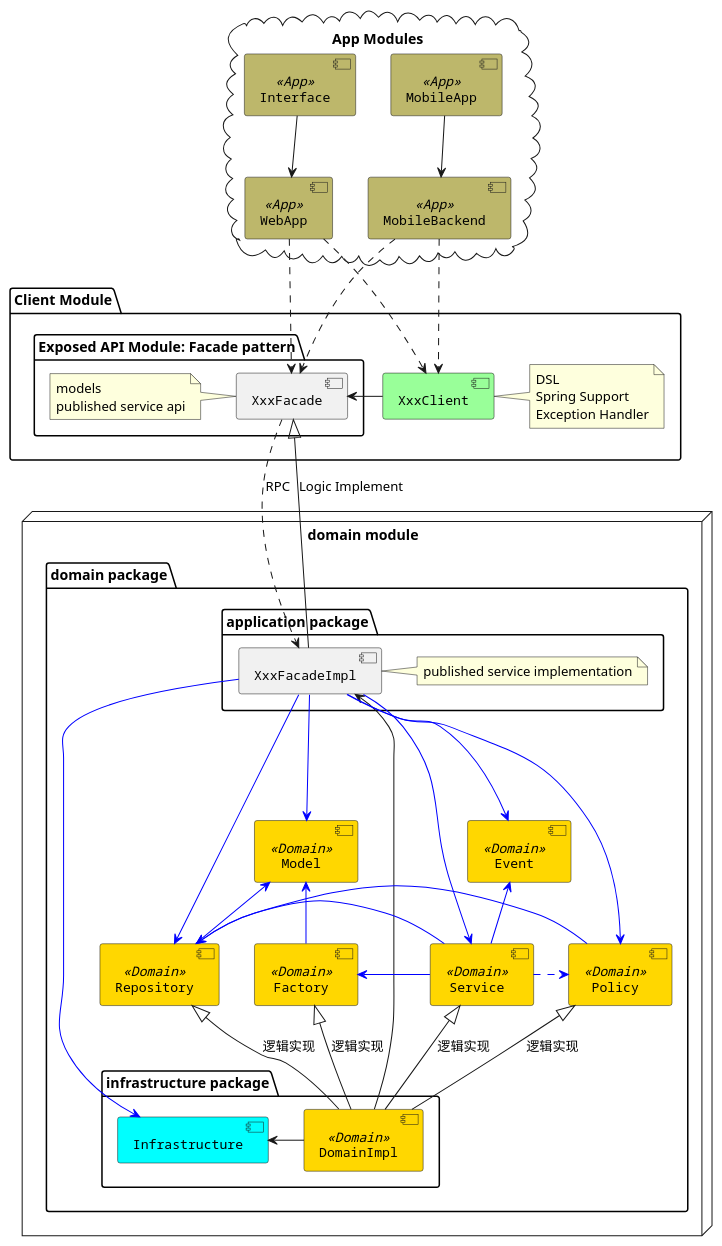
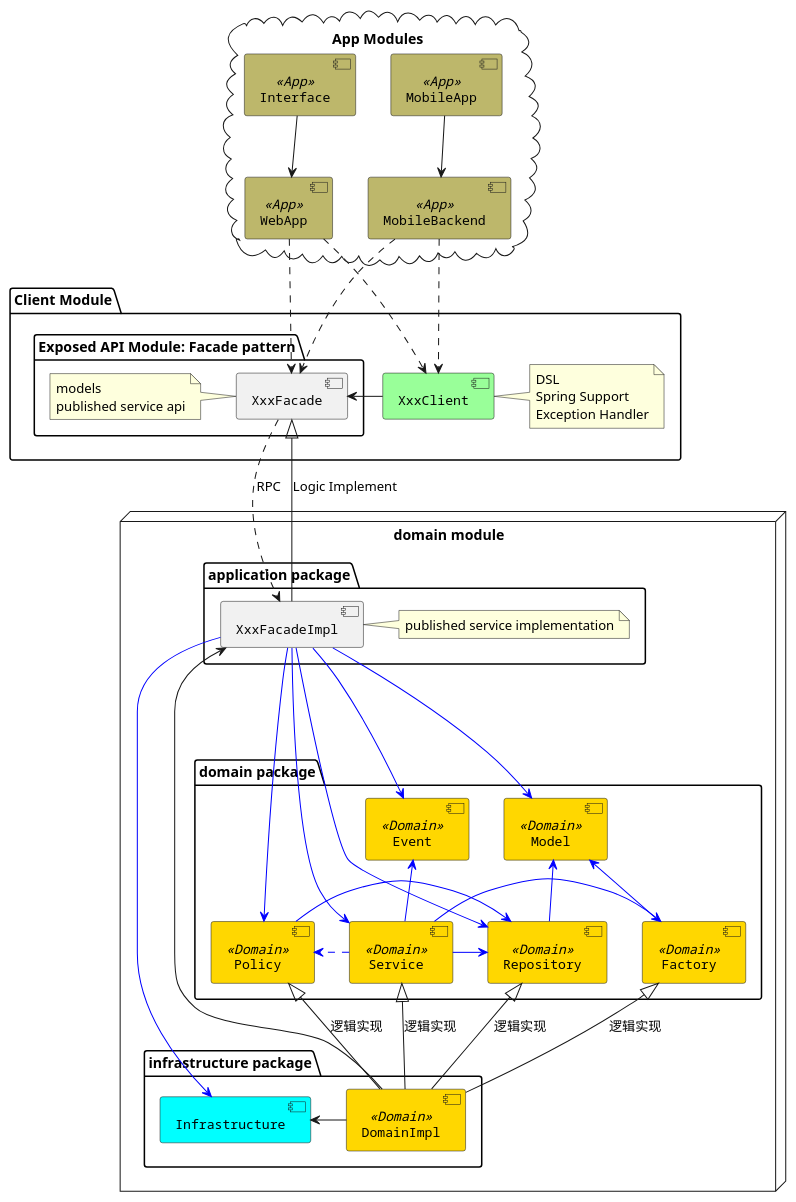
The diagram in src/main/puml/ddd-components-rpc.puml (linux-china/ddd-base), drawn with PlantUML before and after one commit.

Commit message:
adjust package for domain model

```diff
--- a/src/main/puml/ddd-components-rpc.puml
+++ b/src/main/puml/ddd-components-rpc.puml
@@ -1,77 +1,79 @@
 @startuml
 
 node "domain module" {
+    package "application package" {
+       [XxxFacadeImpl]
+       note right of XxxFacadeImpl : published service implementation
+    }
+
     package "domain package"  {
        [Model] <<Domain>>
        [Repository] <<Domain>>
        [Factory] <<Domain>>
        [Service] <<Domain>>
        [Event] <<Domain>>
        [Policy] <<Domain>>
-    package "application package" {
-      [XxxFacadeImpl]
-      note right of XxxFacadeImpl : published service implementation
     }
+
     package "infrastructure package" {
-      [Infrastructure] #Aqua
-      [DomainImpl] <<Domain>>
-      [DomainImpl] -> [Infrastructure]
-      [DomainImpl] -up-|> [Service]: 逻辑实现
-      [DomainImpl] -up-|> [Repository]: 逻辑实现
-      [DomainImpl] -up-|> [Factory]: 逻辑实现
-      [DomainImpl] -up-|> [Policy]: 逻辑实现
+       [Infrastructure] #Aqua
+       [DomainImpl] <<Domain>>
+       [DomainImpl] -> [Infrastructure]
+       [DomainImpl] -up-|> [Service]: 逻辑实现
+       [DomainImpl] -up-|> [Repository]: 逻辑实现
+       [DomainImpl] -up-|> [Factory]: 逻辑实现
+       [DomainImpl] -up-|> [Policy]: 逻辑实现
     }
-     }
 }
 
 package "Client Module" {
     package "Exposed API Module: Facade pattern" {
        [XxxFacade]
        note left of XxxFacade : models\npublished service api
     }
    [XxxClient] #99FF99
    note right of XxxClient : DSL\nSpring Support\nException Handler
    [XxxClient] -left-> [XxxFacade]
 }
 
 cloud "App Modules" {
     [WebApp] <<App>>
     [MobileBackend] <<App>>
     [Interface] <<App>>
     [MobileApp] <<App>>
 }
 
 [XxxFacadeImpl] <--- [DomainImpl]
 [Service] -[#0000FF]> [Factory]
 [Service] -[#0000FF]> [Repository]
 [Service] .[#0000FF]> [Policy]
 [Service] -[#0000FF]up-> [Event]
 [Policy] -[#0000FF]> [Repository]
 [Repository] -[#0000FF]up-> [Model]
 [Factory] -[#0000FF]up-> [Model]
 
 [XxxFacadeImpl] -[#0000FF]--> [Service]
 [XxxFacadeImpl] -[#0000FF]--> [Event]
 [XxxFacadeImpl] -[#0000FF]--> [Model]
 [XxxFacadeImpl] -[#0000FF]--> [Policy]
 [XxxFacadeImpl] -[#0000FF]--> [Repository]
 [XxxFacadeImpl] -[#0000FF]----> [Infrastructure]
 
 [XxxFacade] ..> [XxxFacadeImpl]: RPC
 [XxxFacade] <|-- [XxxFacadeImpl]: Logic Implement
 
 [WebApp] ..> [XxxClient]
 [WebApp] ..> [XxxFacade]
 [Interface] --> [WebApp]
 [MobileBackend] ..> [XxxClient]
 [MobileBackend] ..> [XxxFacade]
 [MobileApp] --> [MobileBackend]
 
 skinparam component {
   FontSize 13
   BackgroundColor<<Domain>> gold
   BackgroundColor<<App>> DarkKhaki
   FontName Courier
 }
 
 @enduml
```
